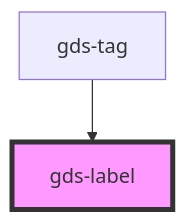
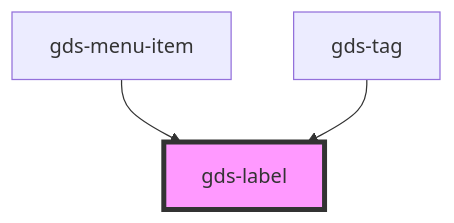
The diagram in src/components/gds-label/readme.md (generoi/genero-design-system), drawn with Mermaid before and after one commit. The commit also changed other lines of this file and 26 other files, not shown here.

````diff
--- a/src/components/gds-label/readme.md
+++ b/src/components/gds-label/readme.md
@@ -20,5 +22,6 @@
 ```mermaid
 graph TD;
+  gds-menu-item --> gds-label
   gds-tag --> gds-label
   style gds-label fill:#f9f,stroke:#333,stroke-width:4px
 ```
````
